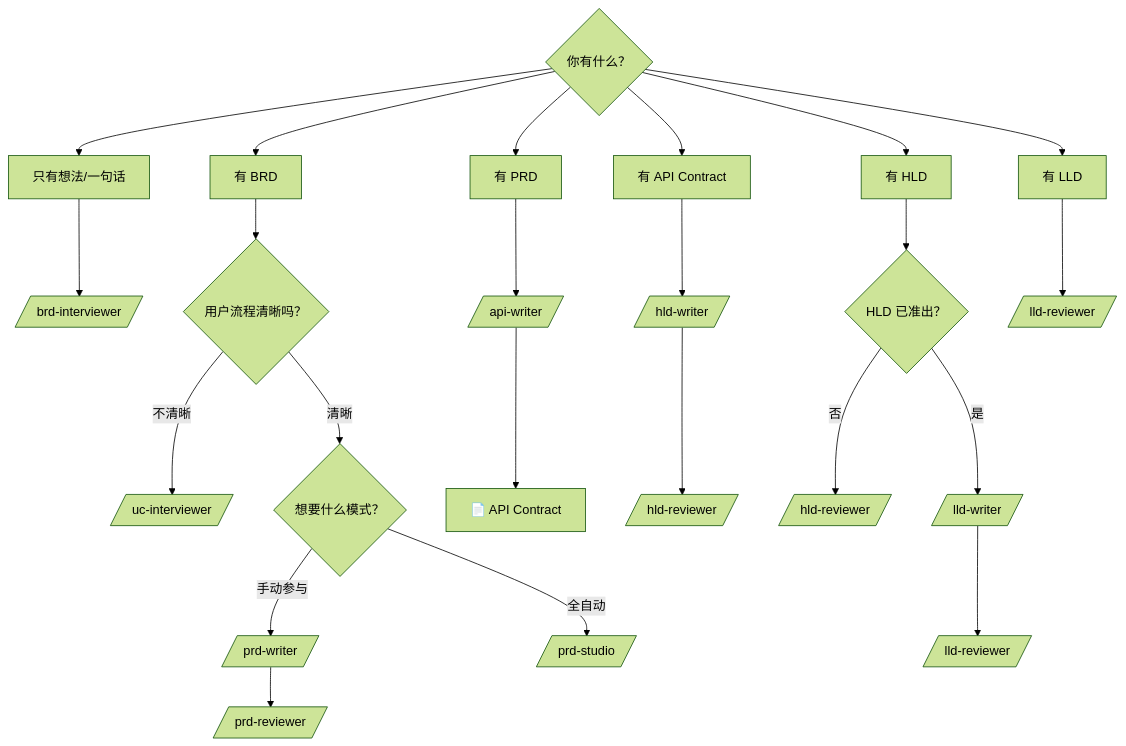
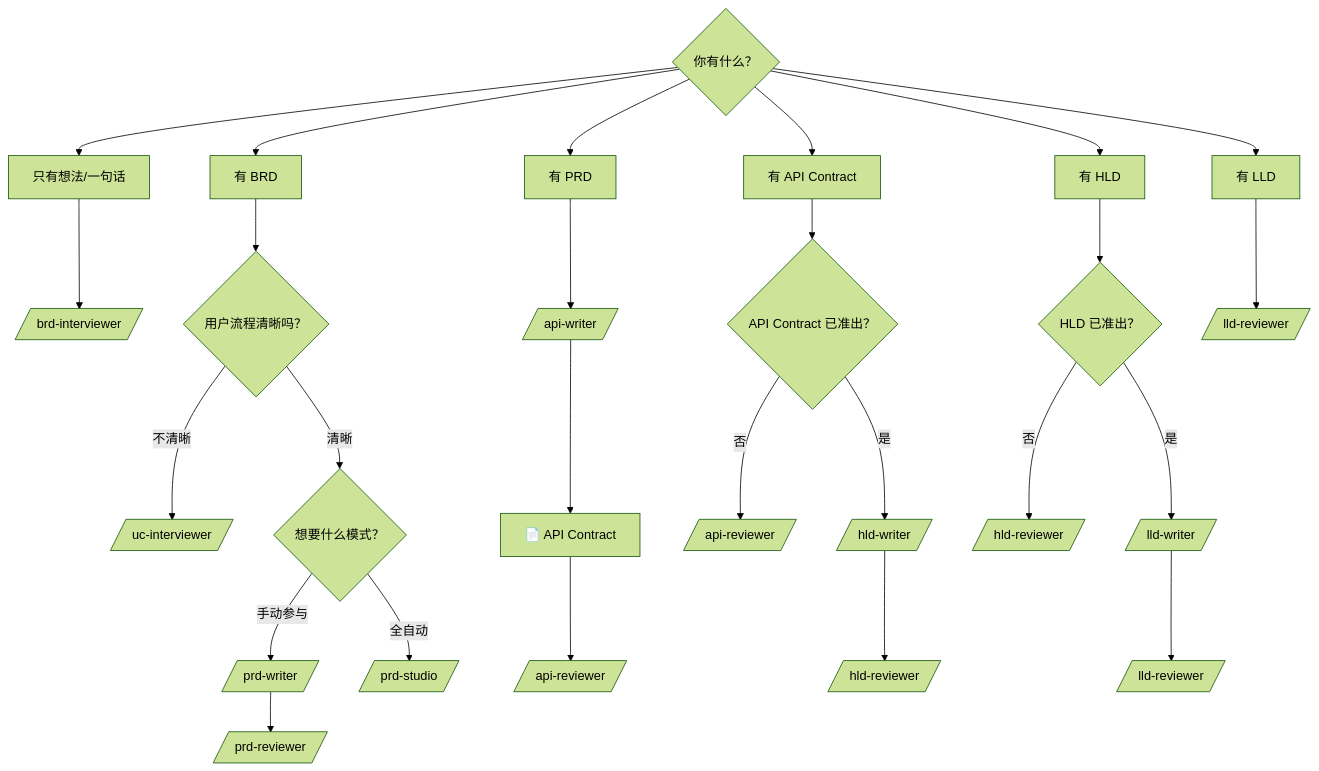
The second of 2 diagrams in plugins/testany-eng/README.md (TestAny-io/testany-agent-skills), drawn with Mermaid (forest theme) before and after one commit. The commit also changed other lines of this file and 8 other files, not shown here.

Commit message:
Add api-reviewer skill and docs

````diff
--- a/plugins/testany-eng/README.md
+++ b/plugins/testany-eng/README.md
@@ -64,31 +67,34 @@
 ```mermaid
 flowchart TD
     Start{你有什么？} --> A[只有想法/一句话]
     Start --> B[有 BRD]
     Start --> C[有 PRD]
     Start --> D[有 API Contract]
     Start --> E[有 HLD]
     Start --> F[有 LLD]
 
     A --> A1[/brd-interviewer/]
 
     B --> B1{用户流程清晰吗？}
     B1 -->|不清晰| B2[/uc-interviewer/]
     B1 -->|清晰| B3{想要什么模式？}
     B3 -->|手动参与| B4[/prd-writer/]
     B3 -->|全自动| B5[/prd-studio/]
     B4 --> B6[/prd-reviewer/]
 
     C --> C1[/api-writer/]
     C1 --> C2[📄 API Contract]
+    C2 --> C3[/api-reviewer/]
 
-    D --> D1[/hld-writer/]
-    D1 --> D2[/hld-reviewer/]
+    D --> D1{API Contract 已准出？}
+    D1 -->|否| D2[/api-reviewer/]
+    D1 -->|是| D3[/hld-writer/]
+    D3 --> D4[/hld-reviewer/]
 
     E --> E1{HLD 已准出？}
     E1 -->|否| E2[/hld-reviewer/]
     E1 -->|是| E3[/lld-writer/]
     E3 --> E4[/lld-reviewer/]
 
     F --> F1[/lld-reviewer/]
 ```
````
